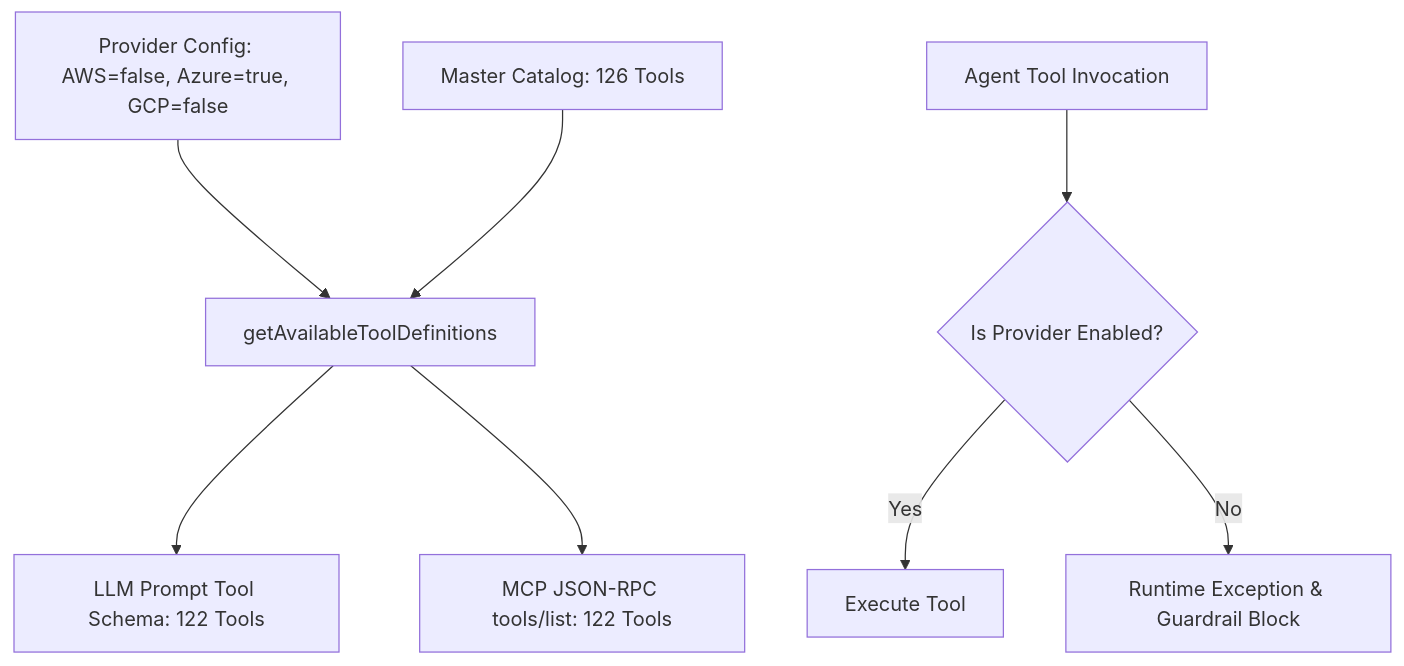
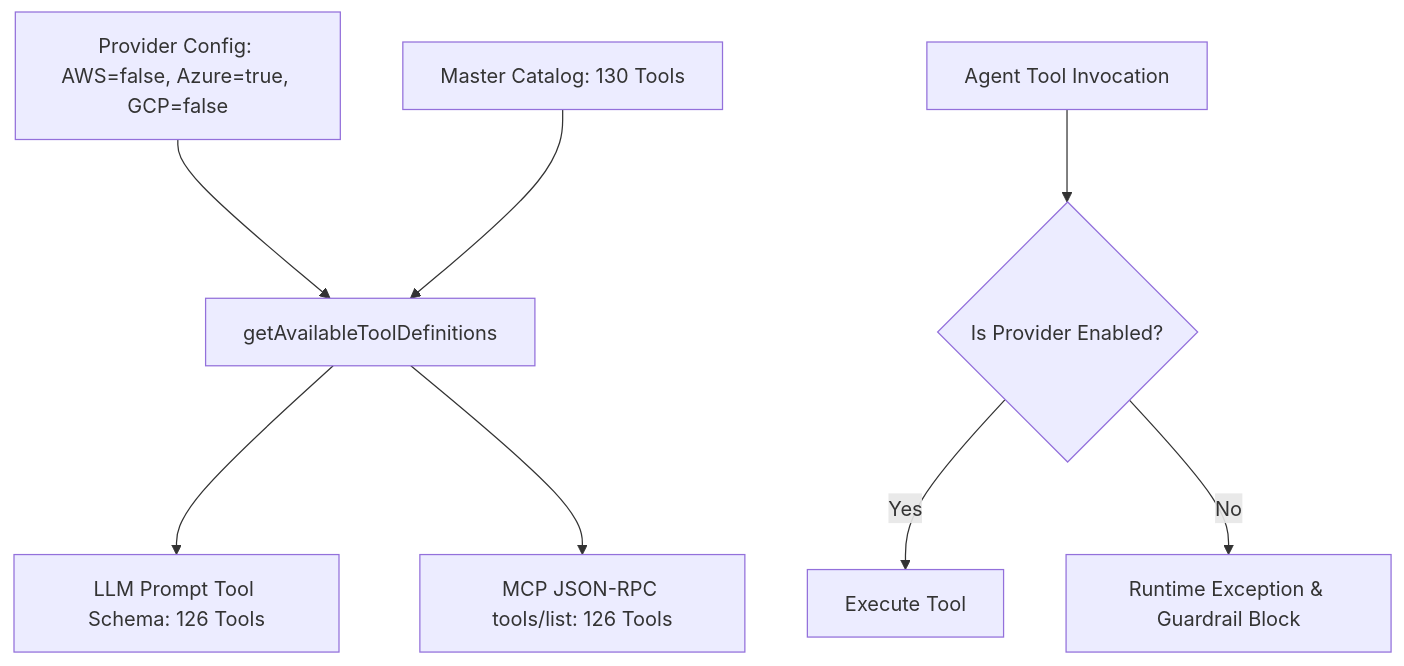
One commit to williamsjoshua005/devops-agent changed the diagram in docs/specs/26-cloud-provider-toggles-and-kubeconfig-grounding.md. Above: the diagram before and after it, drawn with Mermaid. The commit also changed other lines of this file and 7 other files, not shown here.

````diff
--- a/docs/specs/26-cloud-provider-toggles-and-kubeconfig-grounding.md
+++ b/docs/specs/26-cloud-provider-toggles-and-kubeconfig-grounding.md
@@ -61,11 +61,11 @@
 ```mermaid
 flowchart TD
     Config[Provider Config: AWS=false, Azure=true, GCP=false] --> Filter[getAvailableToolDefinitions]
-    Master[Master Catalog: 126 Tools] --> Filter
-    Filter --> LLM[LLM Prompt Tool Schema: 122 Tools]
-    Filter --> MCP[MCP JSON-RPC tools/list: 122 Tools]
+    Master[Master Catalog: 130 Tools] --> Filter
+    Filter --> LLM[LLM Prompt Tool Schema: 126 Tools]
+    Filter --> MCP[MCP JSON-RPC tools/list: 126 Tools]
 
     ToolCall[Agent Tool Invocation] --> Gate{Is Provider Enabled?}
     Gate -- Yes --> Execute[Execute Tool]
     Gate -- No --> Reject[Runtime Exception & Guardrail Block]
 ```
````
